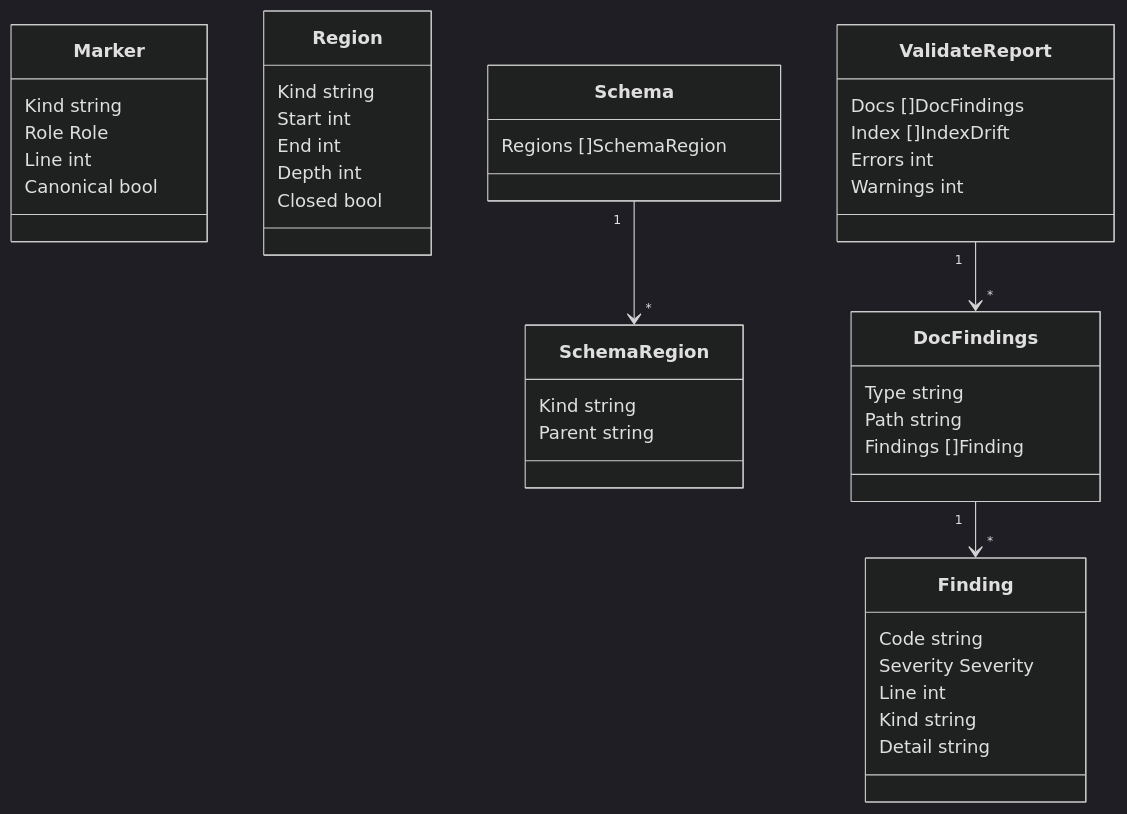
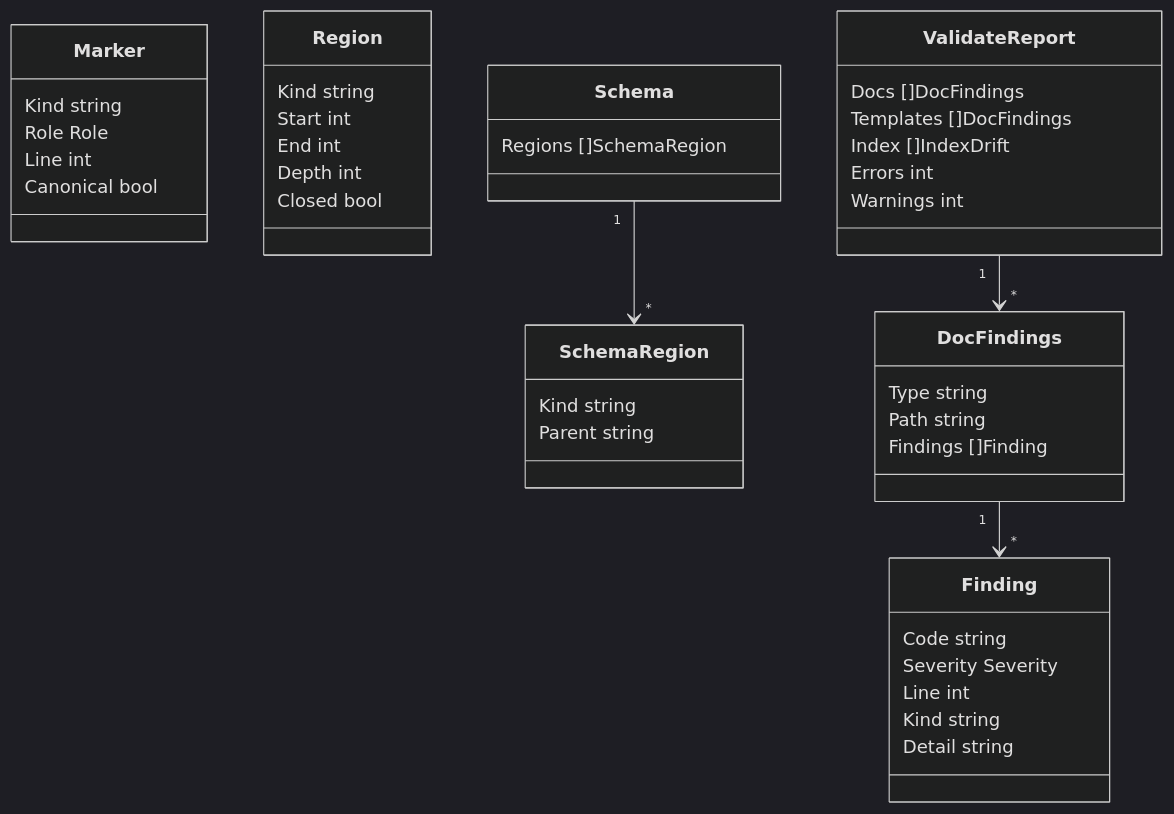
Before and after one commit to donaldgifford/docz: the sixth of 6 diagrams in docs/design/0015-structured-regions-and-docz-validate.md, drawn with Mermaid (dark theme). The commit also changed other lines of this file and 1 other file, not shown here.

First line of the commit message:
docs(design): DESIGN-0015 OQ 1 — the schema is a marker skeleton the document names

````diff
--- a/docs/design/0015-structured-regions-and-docz-validate.md
+++ b/docs/design/0015-structured-regions-and-docz-validate.md
@@ -496,44 +625,45 @@
 ```mermaid
 classDiagram
   class Marker {
     Kind string
     Role Role
     Line int
     Canonical bool
   }
   class Region {
     Kind string
     Start int
     End int
     Depth int
     Closed bool
   }
   class Schema {
     Regions []SchemaRegion
   }
   class SchemaRegion {
     Kind string
     Parent string
   }
   class Finding {
     Code string
     Severity Severity
     Line int
     Kind string
     Detail string
   }
   class ValidateReport {
     Docs []DocFindings
+    Templates []DocFindings
     Index []IndexDrift
     Errors int
     Warnings int
   }
   class DocFindings {
     Type string
     Path string
     Findings []Finding
   }
   Schema "1" --> "*" SchemaRegion
   ValidateReport "1" --> "*" DocFindings
   DocFindings "1" --> "*" Finding
 ```
````
